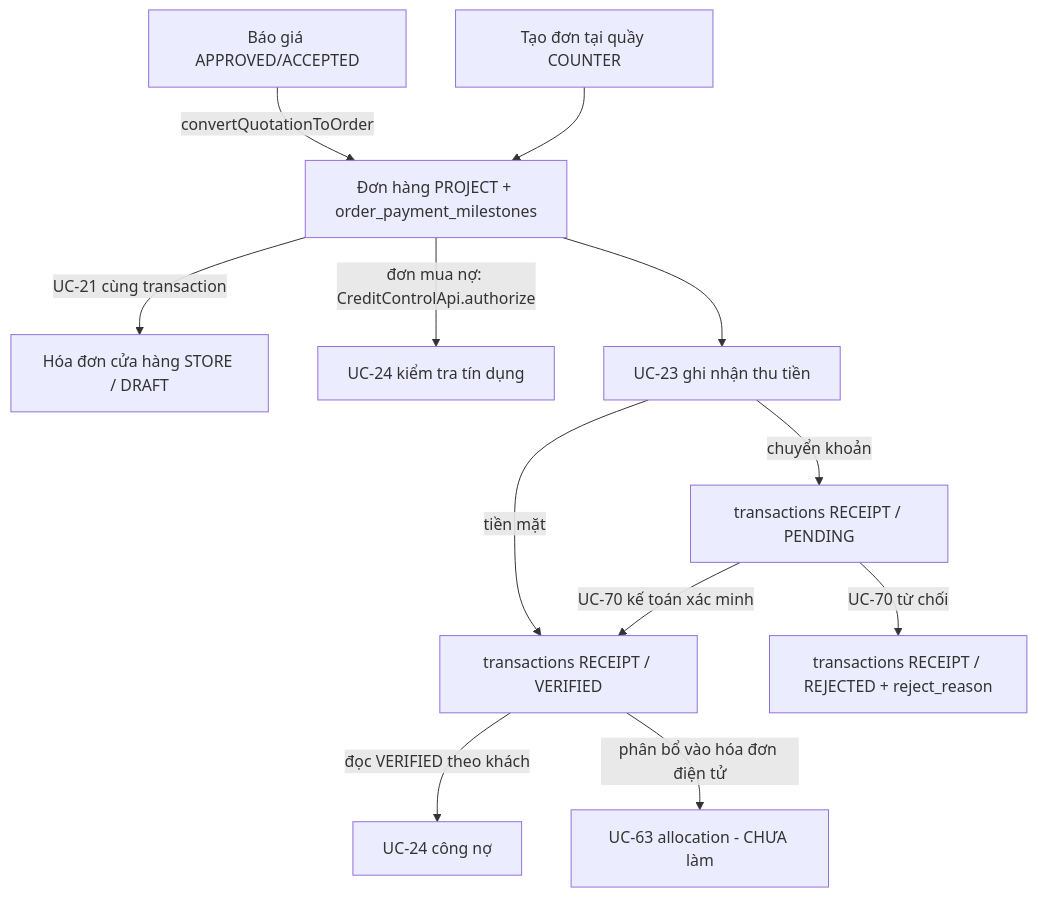
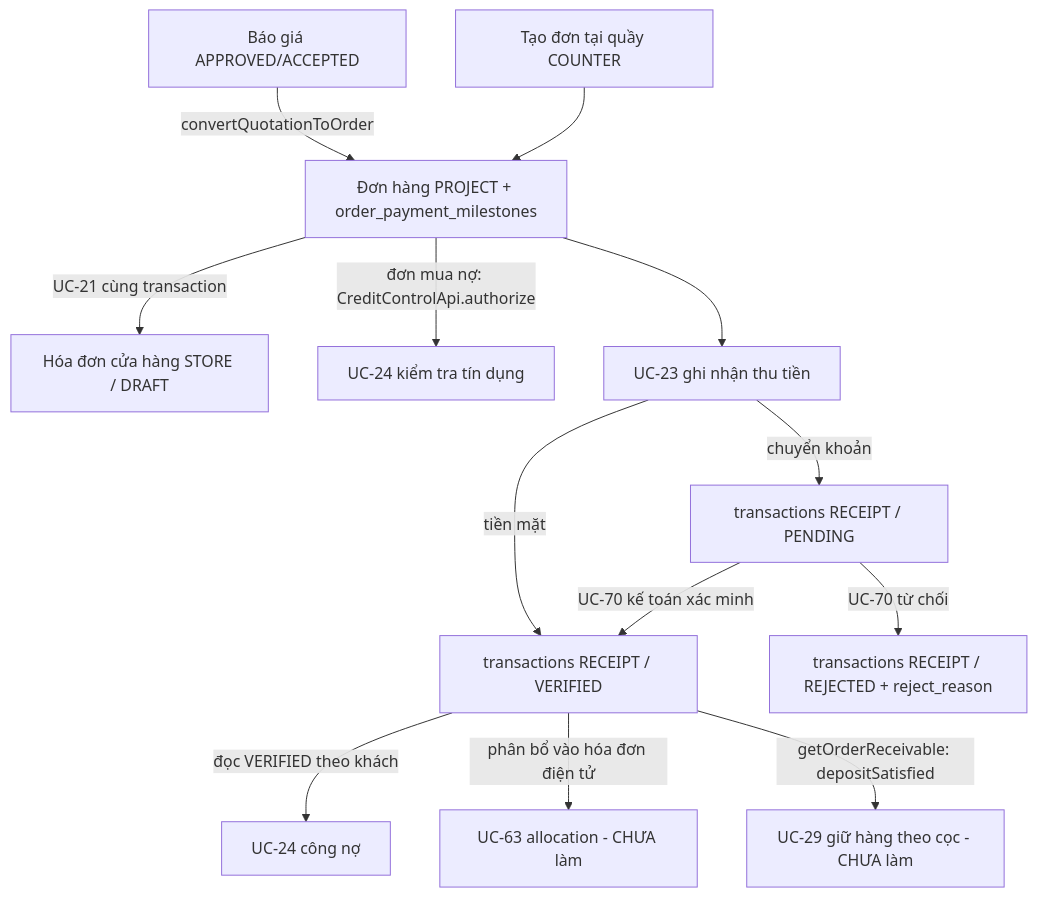
The diagram in docs/guides/payment-flow-integration-for-uc24-uc63.md (GiangHieuToiDay/aquasuite-be), drawn with Mermaid before and after one commit. The commit also changed other lines of this file and 6 other files, not shown here.

Commit message:
depositSatisfied cho uc29

````diff
--- a/docs/guides/payment-flow-integration-for-uc24-uc63.md
+++ b/docs/guides/payment-flow-integration-for-uc24-uc63.md
@@ -13,14 +13,15 @@
 ```mermaid
 flowchart TD
     Q[Báo giá APPROVED/ACCEPTED] -->|convertQuotationToOrder| O[Đơn hàng PROJECT + order_payment_milestones]
     POS[Tạo đơn tại quầy COUNTER] --> O
     O -->|UC-21 cùng transaction| INV[Hóa đơn cửa hàng STORE / DRAFT]
     O -->|đơn mua nợ: CreditControlApi.authorize| CC[UC-24 kiểm tra tín dụng]
     O --> PAY[UC-23 ghi nhận thu tiền]
     PAY -->|tiền mặt| V[transactions RECEIPT / VERIFIED]
     PAY -->|chuyển khoản| P[transactions RECEIPT / PENDING]
     P -->|UC-70 kế toán xác minh| V
     P -->|UC-70 từ chối| R[transactions RECEIPT / REJECTED + reject_reason]
     V -->|đọc VERIFIED theo khách| D[UC-24 công nợ]
     V -->|phân bổ vào hóa đơn điện tử| A[UC-63 allocation - CHƯA làm]
+    V -->|getOrderReceivable: depositSatisfied| H[UC-29 giữ hàng theo cọc - CHƯA làm]
 ```
````
